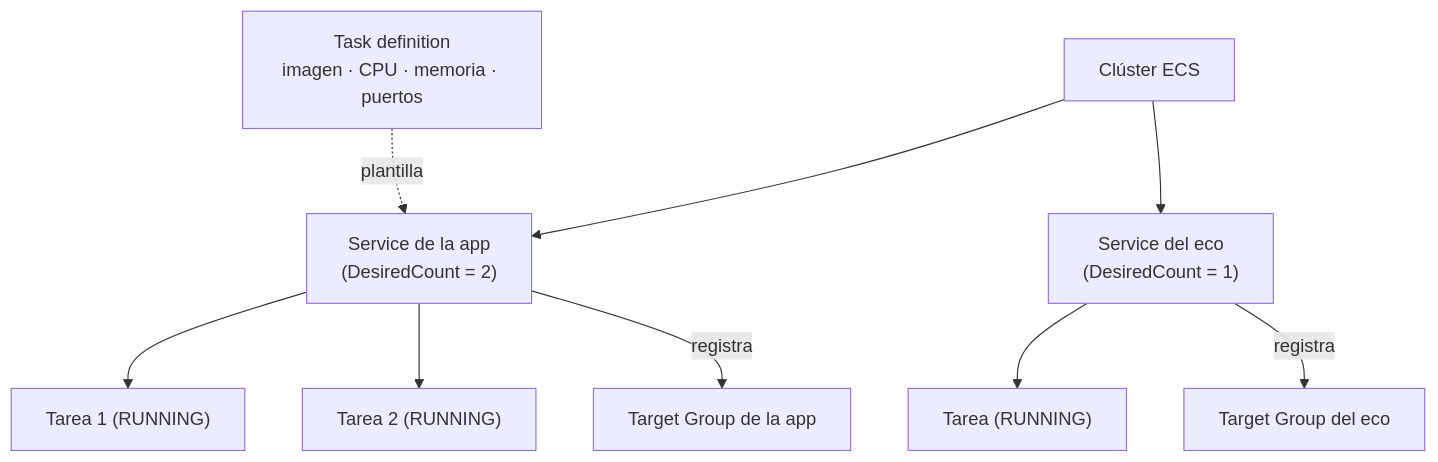
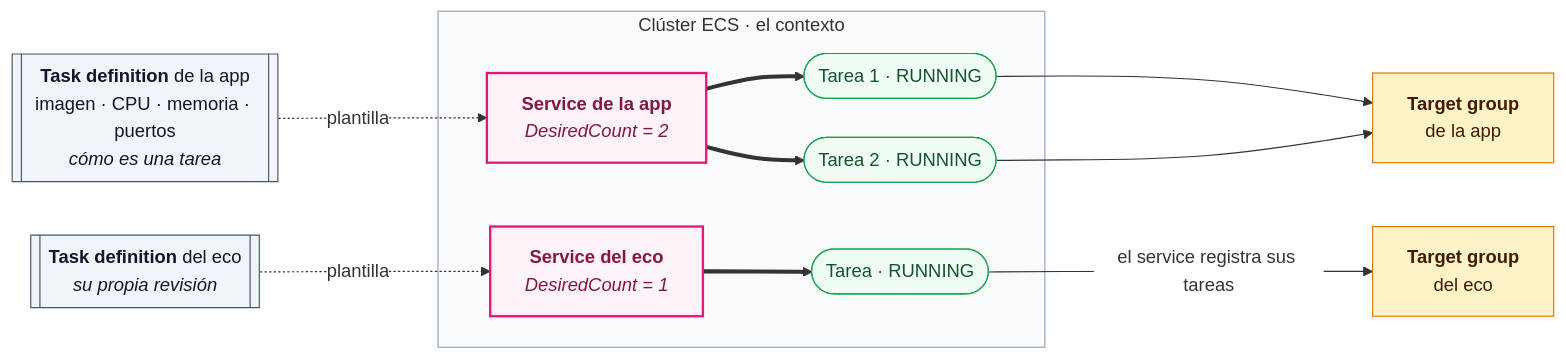
Before and after one commit to cloudbridgeuy/courses: the diagram in content/aws-devops/13-primeros-contenedores.md, drawn with Mermaid. The commit also changed other lines of this file and 1 other file, not shown here.

Commit message:
docs(aws-devops): restructure the week-2 sections into slides
Turn several ::: extra blocks into inline slides, split the ECS model section so
each piece gets its own slide, redraw the cluster/service diagram, and replace
em-dashes with parentheses. Drops the Parameter Store aside and exercise 11 from
the stack-separation section.

````diff
--- a/content/aws-devops/13-primeros-contenedores.md
+++ b/content/aws-devops/13-primeros-contenedores.md
@@ -114,11 +121,32 @@
 ```mermaid
-flowchart TD
-  CL["Clúster ECS"] --> SV["Service de la app<br/>(DesiredCount = 2)"]
-  CL --> SE["Service del eco<br/>(DesiredCount = 1)"]
-  TD["Task definition<br/>imagen · CPU · memoria · puertos"] -.->|plantilla| SV
-  SV --> T1["Tarea 1 (RUNNING)"]
-  SV --> T2["Tarea 2 (RUNNING)"]
-  SE --> T3["Tarea (RUNNING)"]
-  SV -->|registra| TG["Target Group de la app"]
-  SE -->|registra| TGE["Target Group del eco"]
+%%{init: {"flowchart": {"nodeSpacing": 34, "rankSpacing": 85}, "themeVariables": {"clusterBkg": "#f8fafc", "clusterBorder": "#94a3b8", "edgeLabelBackground": "#ffffff"}}}%%
+flowchart LR
+  TDA[["<b>Task definition</b> de la app<br/>imagen · CPU · memoria · puertos<br/><i>cómo es una tarea</i>"]]
+  TDE[["<b>Task definition</b> del eco<br/><i>su propia revisión</i>"]]
+
+  subgraph cl["Clúster ECS · el contexto"]
+    SV["<b>Service de la app</b><br/><i>DesiredCount = 2</i>"]
+    SE["<b>Service del eco</b><br/><i>DesiredCount = 1</i>"]
+    T1(["Tarea 1 · RUNNING"])
+    T2(["Tarea 2 · RUNNING"])
+    T3(["Tarea · RUNNING"])
+  end
+
+  TDA -.->|"plantilla"| SV
+  SV ==> T1
+  SV ==> T2
+  TDE -.->|"plantilla"| SE
+  SE ==> T3
+  T1 --> TG["<b>Target group</b><br/>de la app"]
+  T2 --> TG
+  T3 -->|"el service registra sus tareas"| TGE["<b>Target group</b><br/>del eco"]
+
+  classDef tdNode fill:#f1f5f9,stroke:#475569,color:#0f172a
+  classDef svcNode fill:#fdf2f8,stroke:#e7157b,stroke-width:2px,color:#831843
+  classDef taskNode fill:#f0fdf4,stroke:#16a34a,color:#14532d
+  classDef tgNode fill:#fef3c7,stroke:#d97706,color:#451a03
+  class TDA,TDE tdNode
+  class SV,SE svcNode
+  class T1,T2,T3 taskNode
+  class TG,TGE tgNode
 ```
````
